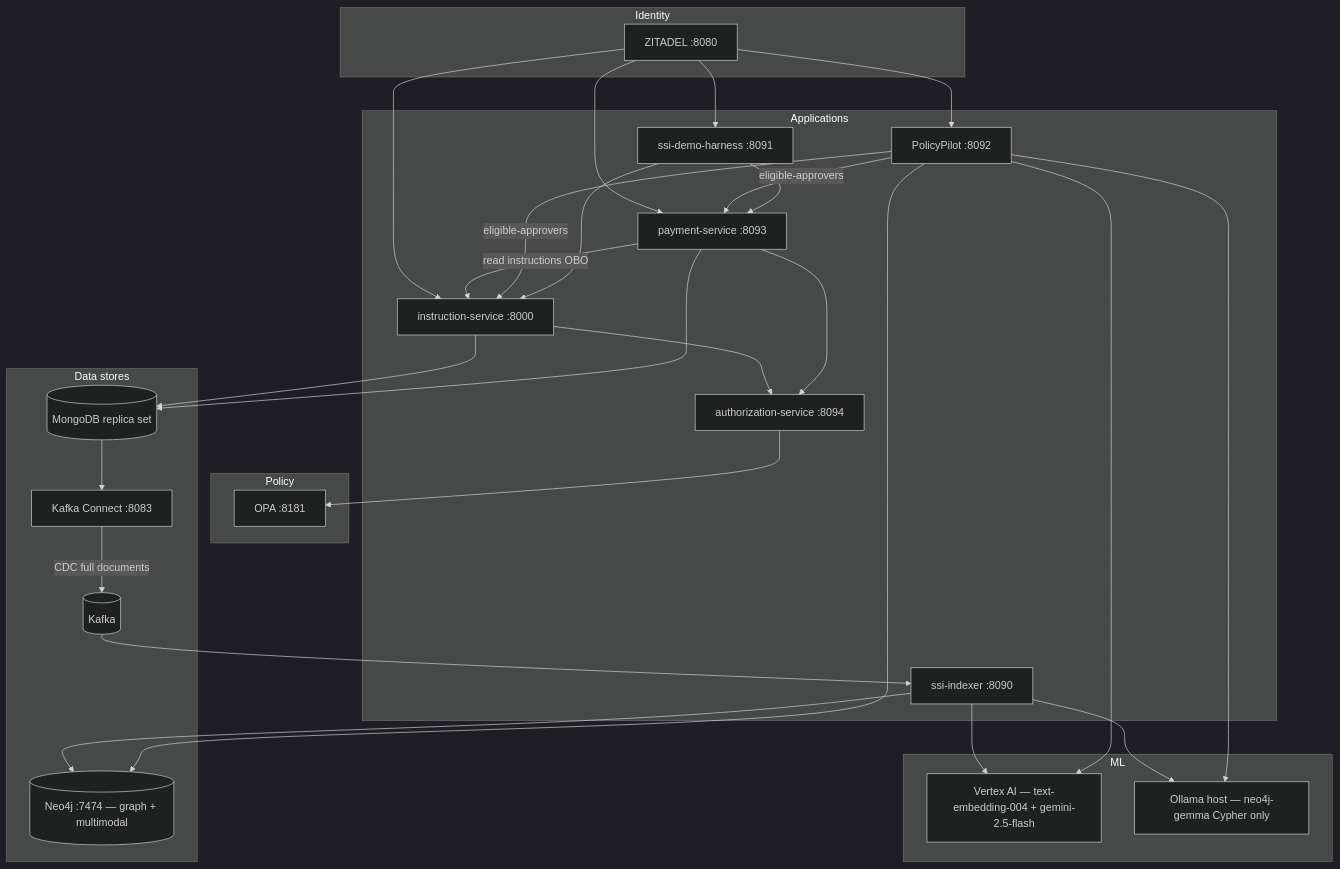
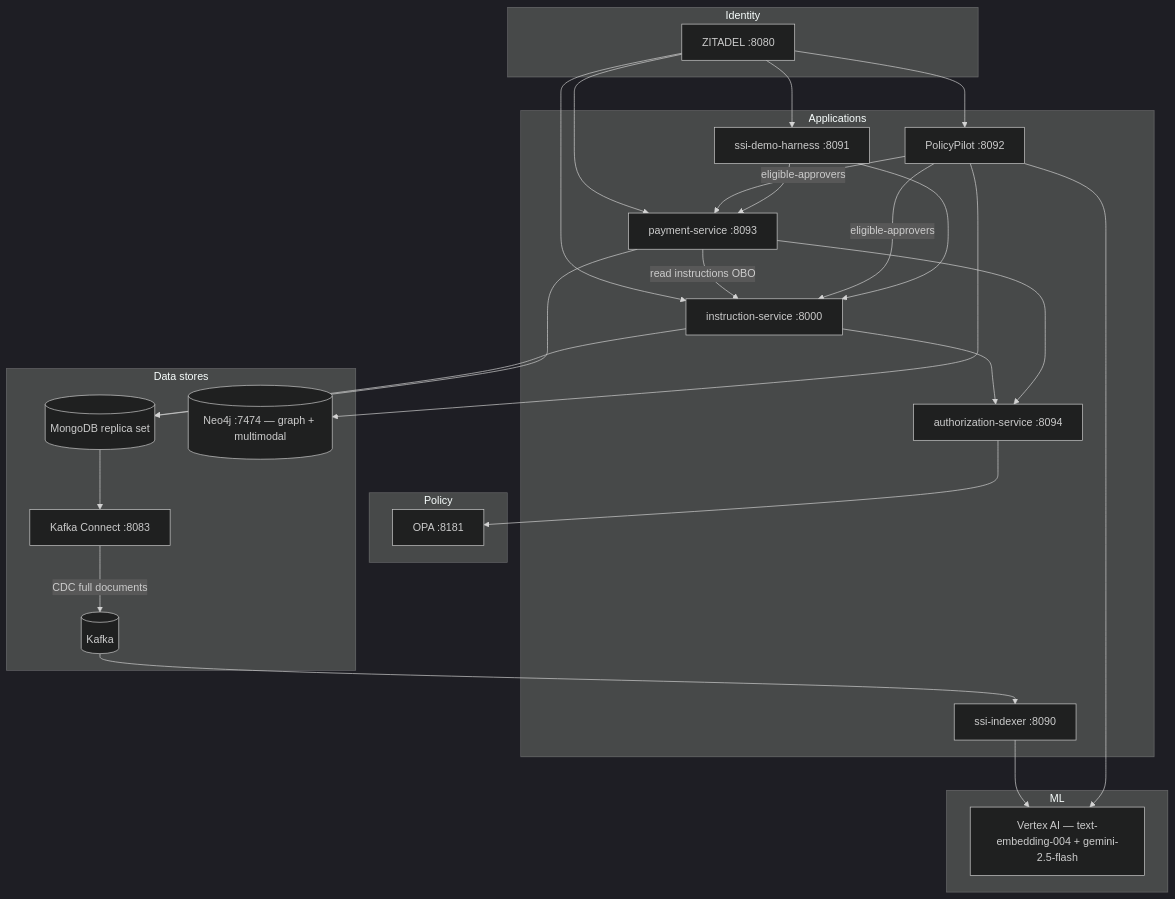
The first of 4 diagrams in README.md (sanjuthomas/policy-pilot), drawn with Mermaid (dark theme) before and after one commit. The commit also changed other lines of this file and 7 other files, not shown here.

````diff
--- a/README.md
+++ b/README.md
@@ -61,55 +61,51 @@
 ```mermaid
 flowchart TB
     subgraph auth [Identity]
         ZITADEL[ZITADEL :8080]
     end
 
     subgraph apps [Applications]
         INST[instruction-service :8000]
         PAY[payment-service :8093]
         AUTHZ[authorization-service :8094]
         HARNESS[ssi-demo-harness :8091]
         ETL[ssi-indexer :8090]
         CHAT[PolicyPilot :8092]
     end
 
     subgraph policy [Policy]
         OPA[OPA :8181]
     end
 
     subgraph stores [Data stores]
         MONGO[(MongoDB replica set)]
         CONNECT[Kafka Connect :8083]
         KAFKA[(Kafka)]
         NEO[(Neo4j :7474 — graph + multimodal)]
     end
 
     subgraph ml [ML]
         VERTEX[Vertex AI — text-embedding-004 + gemini-2.5-flash]
-        OLLAMA[Ollama host — neo4j-gemma Cypher only]
     end
 
     ZITADEL --> INST
     ZITADEL --> PAY
     ZITADEL --> HARNESS
     ZITADEL --> CHAT
     INST --> AUTHZ
     PAY --> AUTHZ
     AUTHZ --> OPA
     INST --> MONGO
     PAY --> MONGO
     PAY -->|read instructions OBO| INST
     MONGO --> CONNECT
     CONNECT -->|CDC full documents| KAFKA
     KAFKA --> ETL
-    ETL --> NEO
     ETL --> VERTEX
-    ETL --> OLLAMA
     CHAT --> NEO
     CHAT --> VERTEX
-    CHAT --> OLLAMA
     CHAT -->|eligible-approvers| INST
     CHAT -->|eligible-approvers| PAY
     HARNESS --> INST
     HARNESS --> PAY
 ```
````
